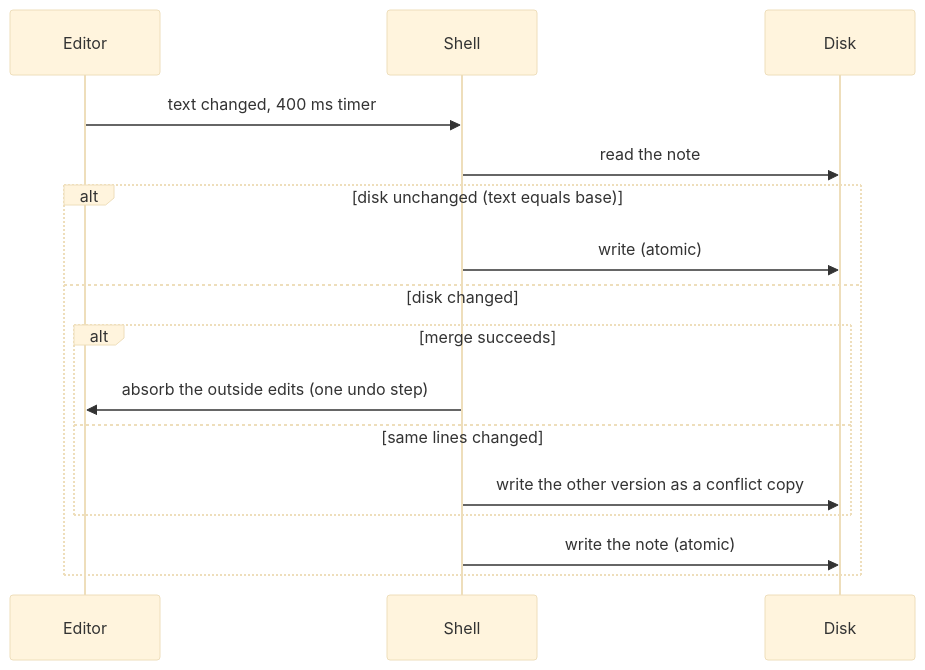
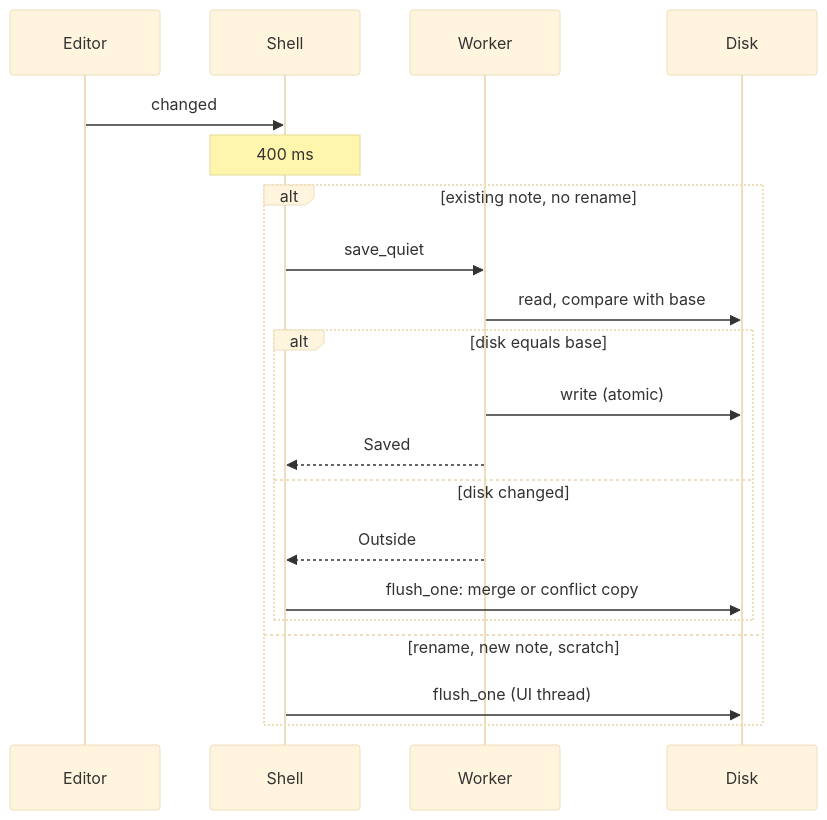
The diagram in docs/design/architecture.md (kolisachint/inkuno), drawn with Mermaid (base theme) before and after one commit. The commit also changed other lines of this file and 3 other files, not shown here.

First line of the commit message:
docs: describe the background autosave and fix the conflict diagram

````diff
--- a/docs/design/architecture.md
+++ b/docs/design/architecture.md
@@ -163,18 +168,22 @@
 ```mermaid
 sequenceDiagram
     participant E as Editor
     participant S as Shell
+    participant W as Worker
     participant D as Disk
-    E->>S: text changed, 400 ms timer
-    S->>D: read the note
-    alt disk unchanged (text equals base)
-        S->>D: write (atomic)
-    else disk changed
-        alt merge succeeds
-            S->>E: absorb the outside edits (one undo step)
-        else same lines changed
-            S->>D: write the other version as a conflict copy
+    E->>S: changed
+    Note over S: 400 ms
+    alt existing note, no rename
+        S->>W: save_quiet
+        W->>D: read, compare with base
+        alt disk equals base
+            W->>D: write (atomic)
+            W-->>S: Saved
+        else disk changed
+            W-->>S: Outside
+            S->>D: flush_one: merge or conflict copy
         end
-        S->>D: write the note (atomic)
+    else rename, new note, scratch
+        S->>D: flush_one (UI thread)
     end
 ```
````
